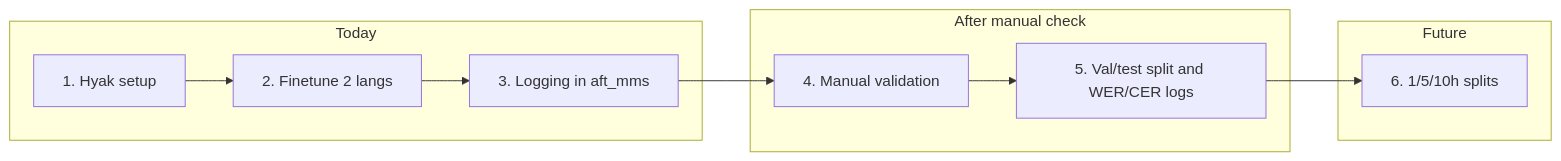
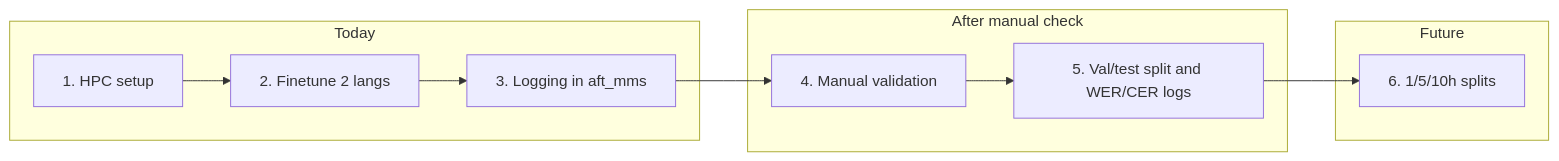
The diagram in .cursor/plans/low-resource_finetuning_tasks_plan_1d50b08c.plan.md (vitthal-bhandari/low-resource-asr), drawn with Mermaid before and after one commit. The commit also changed other lines of this file and 975 other files, not shown here.

````diff
--- a/.cursor/plans/low-resource_finetuning_tasks_plan_1d50b08c.plan.md
+++ b/.cursor/plans/low-resource_finetuning_tasks_plan_1d50b08c.plan.md
@@ -156,20 +156,20 @@
 ```mermaid
 flowchart LR
     subgraph today [Today]
-        A[1. Hyak setup]
+        A[1. HPC setup]
         B[2. Finetune 2 langs]
         C[3. Logging in aft_mms]
     end
     subgraph later [After manual check]
         D[4. Manual validation]
         E[5. Val/test split and WER/CER logs]
     end
     subgraph future [Future]
         F[6. 1/5/10h splits]
     end
     A --> B
     B --> C
     C --> D
     D --> E
     E --> F
 ```
````
